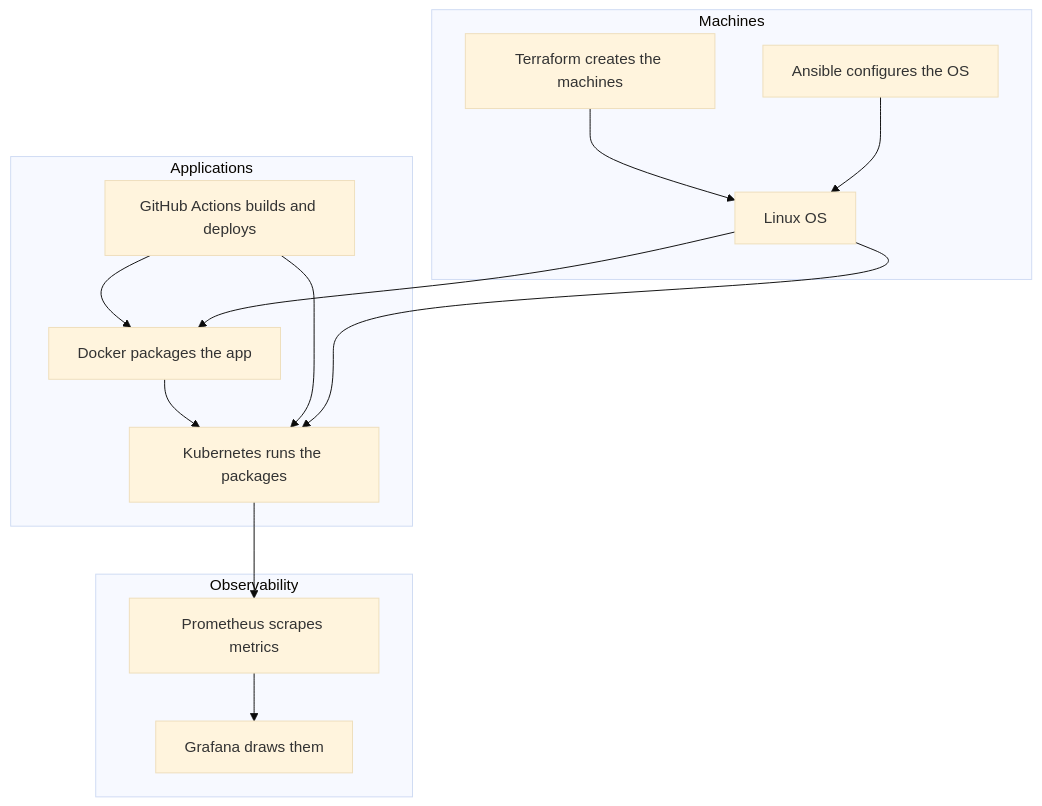
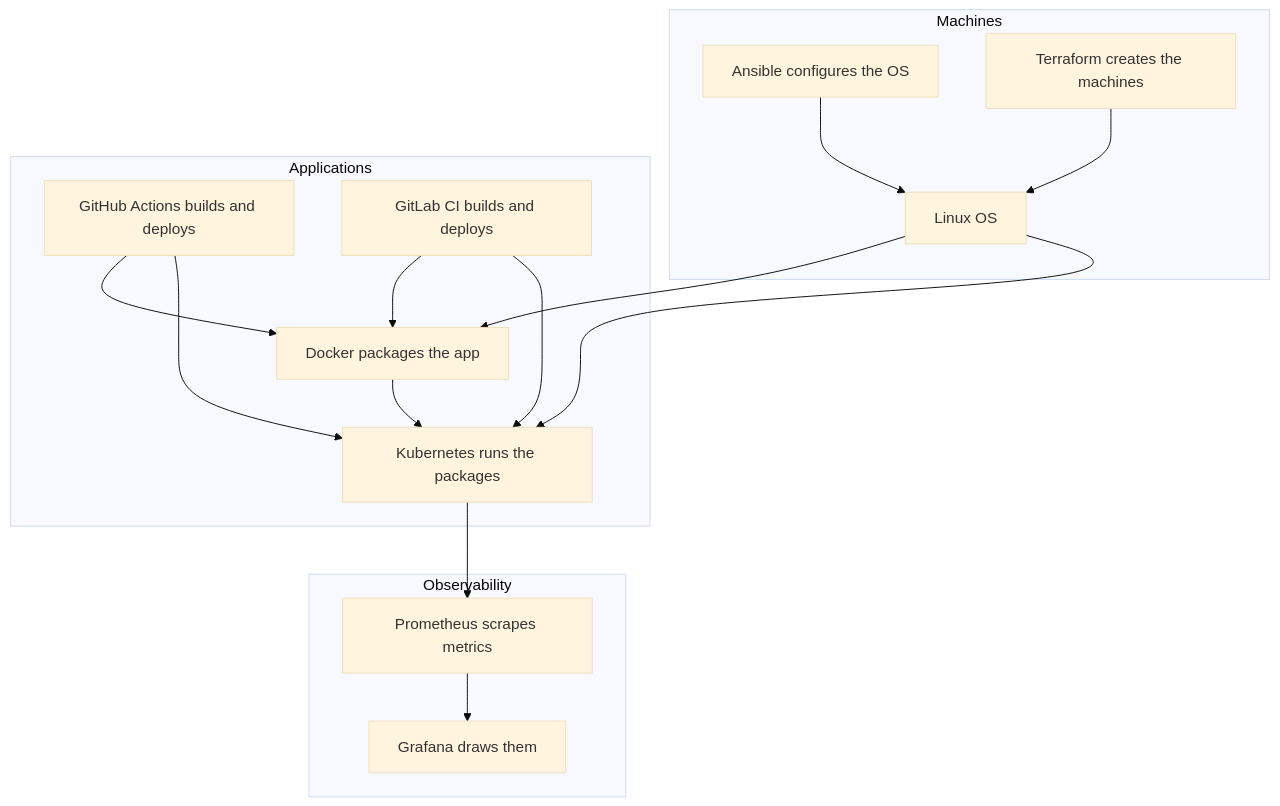
The diagram in docs/CONCEPT_MAP.md (deepakv30/devops-mastery-guide), drawn with Mermaid (base theme) before and after one commit. The commit also changed other lines of this file, not shown here.

Commit message:
Update concept map for GitLab CI module

````diff
--- a/docs/CONCEPT_MAP.md
+++ b/docs/CONCEPT_MAP.md
@@ -7,26 +7,29 @@
 ```mermaid
 flowchart TB
   subgraph machines [Machines]
     Linux[Linux OS]
     Ansible[Ansible configures the OS]
     TF[Terraform creates the machines]
   end
   subgraph apps [Applications]
     Docker[Docker packages the app]
     K8s[Kubernetes runs the packages]
     GHA[GitHub Actions builds and deploys]
+    GL[GitLab CI builds and deploys]
   end
   subgraph see [Observability]
     Prom[Prometheus scrapes metrics]
     Graf[Grafana draws them]
   end
   TF --> Linux
   Ansible --> Linux
   Docker --> K8s
   GHA --> Docker
   GHA --> K8s
+  GL --> Docker
+  GL --> K8s
   K8s --> Prom
   Prom --> Graf
   Linux --> Docker
   Linux --> K8s
 ```
````
